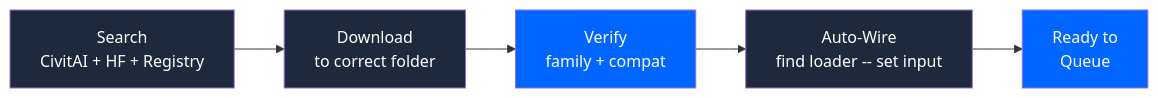
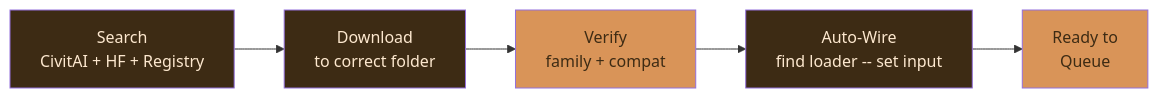
One commit to JosephOIbrahim/Comfy-Cozy changed diagram 14 of 25 in README.md. Above: the diagram before and after it, drawn with Mermaid. The commit also changed other lines of this file, not shown here.

First line of the commit message:
[DOCS] Unify mermaid palette across 25 diagrams (warm amber/brown)

````diff
--- a/README.md
+++ b/README.md
@@ -730,13 +730,13 @@
 ```mermaid
 flowchart LR
     Search["Search<br/>CivitAI + HF + Registry"] --> Download["Download<br/>to correct folder"]
     Download --> Verify["Verify<br/>family + compat"]
     Verify --> Wire["Auto-Wire<br/>find loader -- set input"]
     Wire --> Ready["Ready to<br/>Queue"]
 
-    style Search fill:#1e293b,color:#fff
-    style Download fill:#1e293b,color:#fff
-    style Verify fill:#0066FF,color:#fff
-    style Wire fill:#1e293b,color:#fff
-    style Ready fill:#0066FF,color:#fff
+    style Search fill:#3d2b14,color:#fde8cf
+    style Download fill:#3d2b14,color:#fde8cf
+    style Verify fill:#d99458,color:#3d2b14
+    style Wire fill:#3d2b14,color:#fde8cf
+    style Ready fill:#d99458,color:#3d2b14
 ```
````
